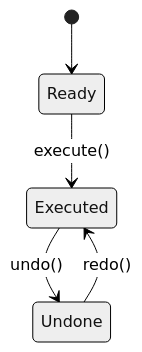
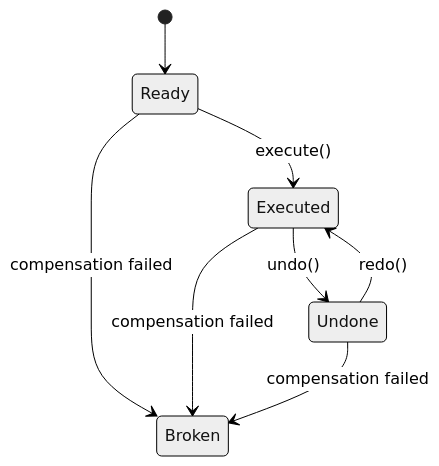
Before and after one commit to michaellaunay/komandaro: the second of 2 diagrams in docs/en/how-it-works.md, drawn with Mermaid (neutral theme). The commit also changed other lines of this file and 18 other files, not shown here.

````diff
--- a/docs/en/how-it-works.md
+++ b/docs/en/how-it-works.md
@@ -75,7 +75,10 @@
 ```mermaid
 stateDiagram-v2
     [*] --> Ready
     Ready --> Executed : execute()
     Executed --> Undone : undo()
     Undone --> Executed : redo()
+    Ready --> Broken : compensation failed
+    Executed --> Broken : compensation failed
+    Undone --> Broken : compensation failed
 ```
````
